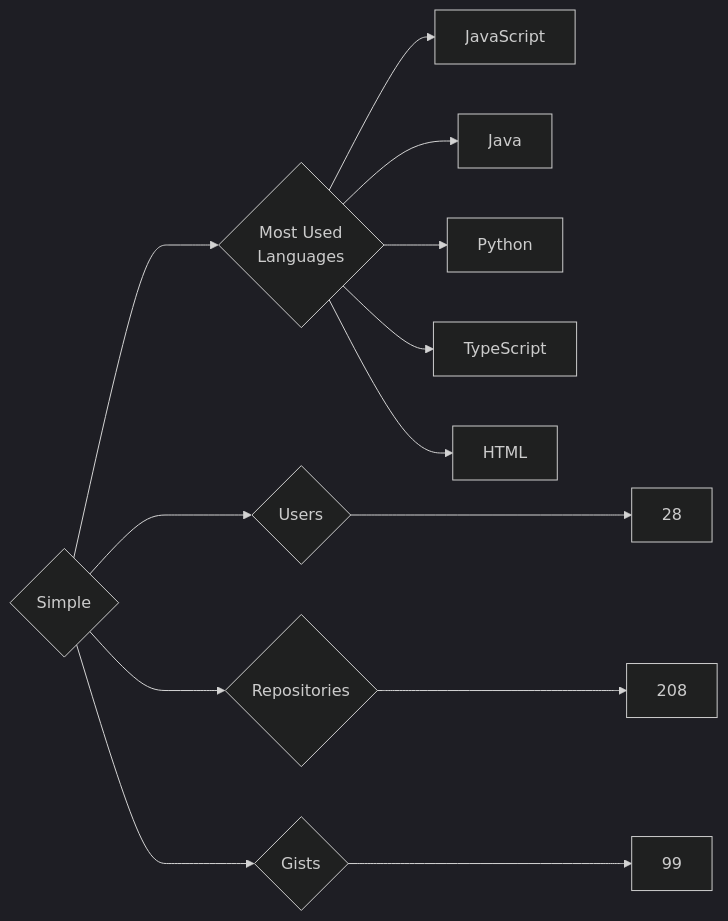
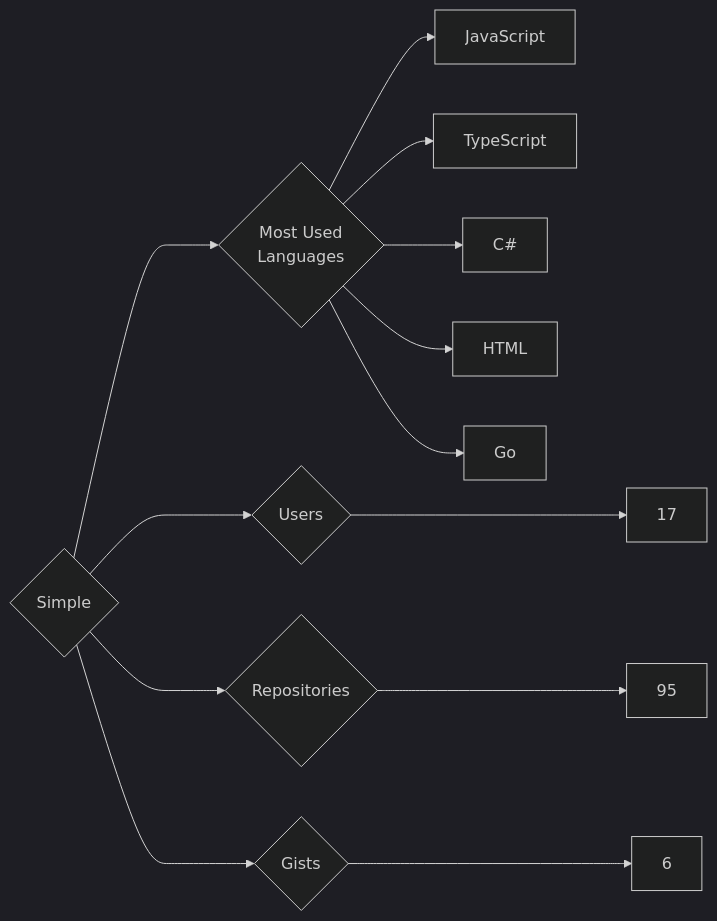
The diagram in targets/Simple/README.md (trickest/insiders), drawn with Mermaid (dark theme) before and after one commit. The commit also changed 912 other files, not shown here.

````diff
--- a/targets/Simple/README.md
+++ b/targets/Simple/README.md
@@ -3,13 +3,13 @@
 ```mermaid
 graph LR
 COMPANY_NAME{Simple}
-COMPANY_NAME ---> U{Users} ---> UN[28]
-COMPANY_NAME ---> R{Repositories} ---> RN[208]
-COMPANY_NAME ---> G{Gists} ---> GN[99]
+COMPANY_NAME ---> U{Users} ---> UN[17]
+COMPANY_NAME ---> R{Repositories} ---> RN[95]
+COMPANY_NAME ---> G{Gists} ---> GN[6]
 COMPANY_NAME ---> ML{Most Used<br>Languages}
 ML --> JavaScript[JavaScript]
-ML --> Java[Java]
-ML --> Python[Python]
 ML --> TypeScript[TypeScript]
+ML --> C#[C#]
 ML --> HTML[HTML]
+ML --> Go[Go]
 ```
````
